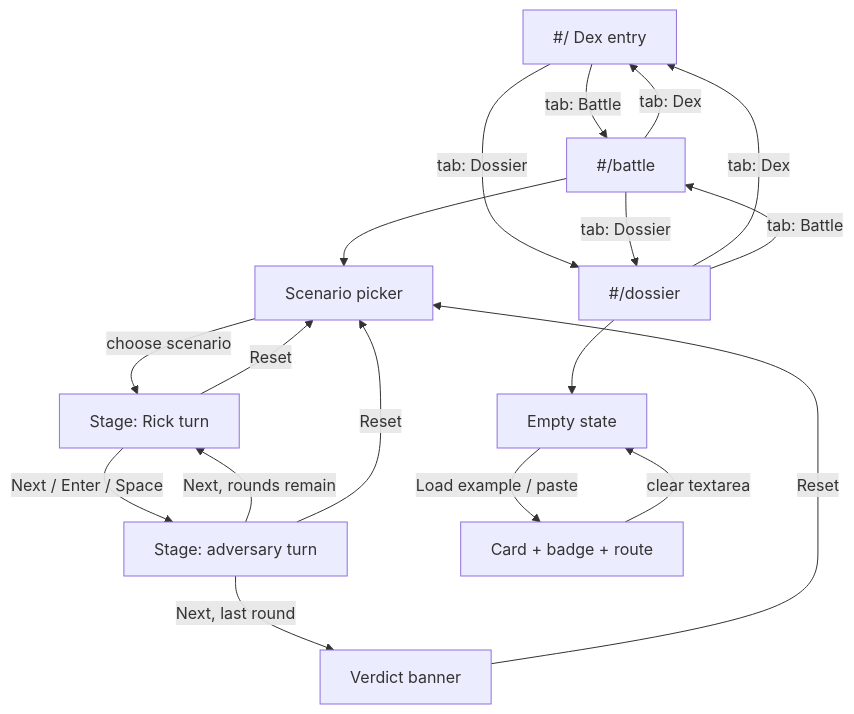
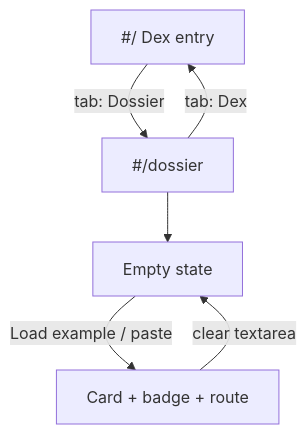
Before and after one commit to Sfzmango/bug-catcher-rick: the third of 3 diagrams in docs/plans/1_bug-catcher-rick-app.md, drawn with Mermaid. The commit also changed other lines of this file and 59 other files, not shown here.

````diff
--- a/docs/plans/1_bug-catcher-rick-app.md
+++ b/docs/plans/1_bug-catcher-rick-app.md
@@ -307,19 +264,8 @@
 ```mermaid
 flowchart TD
-    DEX["#/ Dex entry"] -->|tab: Battle| BAT["#/battle"]
-    DEX -->|tab: Dossier| DOS["#/dossier"]
-    BAT -->|tab: Dex| DEX
-    BAT -->|tab: Dossier| DOS
+    DEX["#/ Dex entry"] -->|tab: Dossier| DOS["#/dossier"]
     DOS -->|tab: Dex| DEX
-    DOS -->|tab: Battle| BAT
-    BAT --> P[Scenario picker]
-    P -->|choose scenario| S[Stage: Rick turn]
-    S -->|Next / Enter / Space| T[Stage: adversary turn]
-    T -->|Next, rounds remain| S
-    T -->|Next, last round| V[Verdict banner]
-    V -->|Reset| P
-    S & T -->|Reset| P
     DOS --> E[Empty state]
     E -->|Load example / paste| C[Card + badge + route]
     C -->|clear textarea| E
 ```
````
